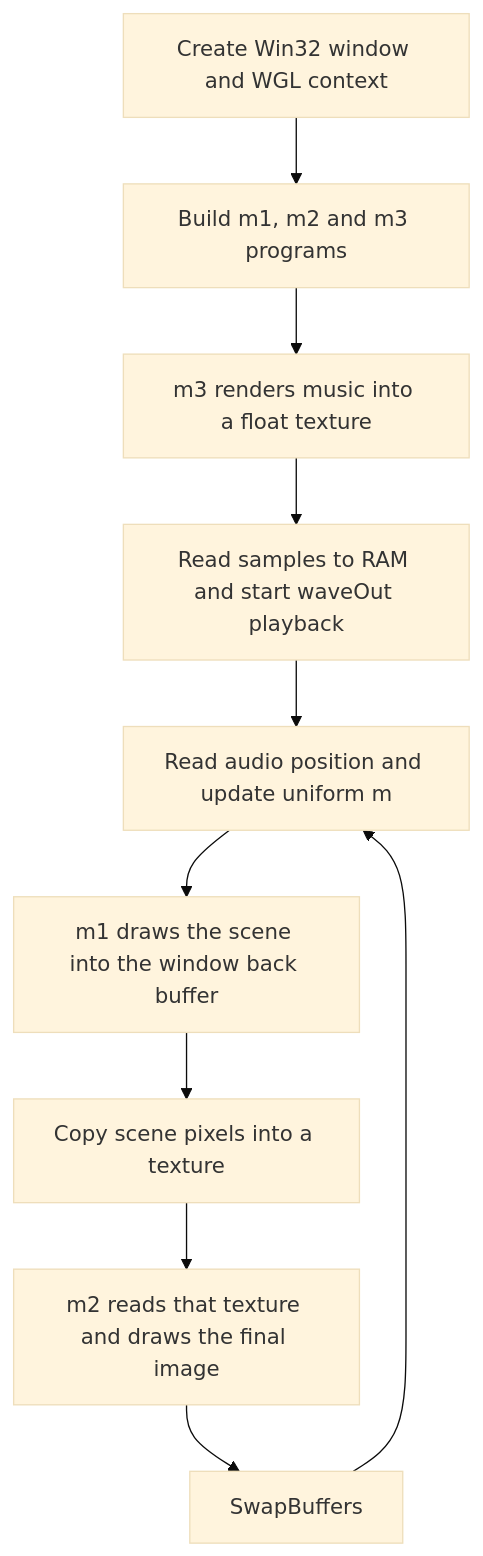
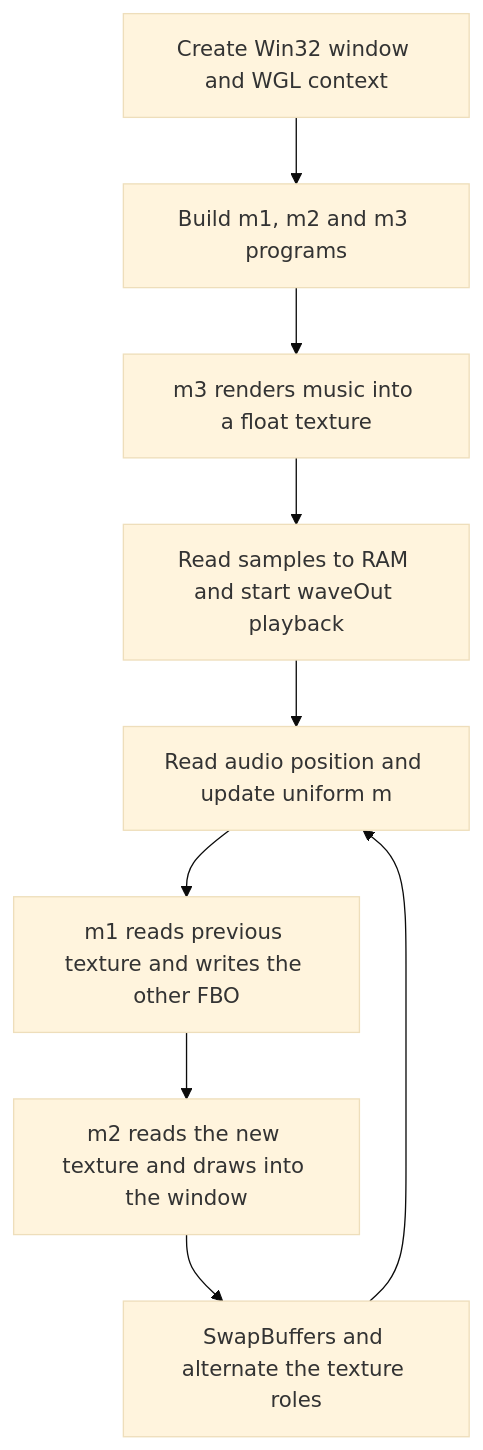
The diagram in documentation/opengl-assessment.md (astrofra/Lev4k), drawn with Mermaid (base theme) before and after one commit. The commit also changed other lines of this file and 18 other files, not shown here.

````diff
--- a/documentation/opengl-assessment.md
+++ b/documentation/opengl-assessment.md
@@ -19,12 +19,11 @@
 ```mermaid
 flowchart TD
     A[Create Win32 window and WGL context] --> B[Build m1, m2 and m3 programs]
     B --> C[m3 renders music into a float texture]
     C --> D[Read samples to RAM and start waveOut playback]
     D --> E[Read audio position and update uniform m]
-    E --> F[m1 draws the scene into the window back buffer]
-    F --> G[Copy scene pixels into a texture]
-    G --> H[m2 reads that texture and draws the final image]
-    H --> I[SwapBuffers]
+    E --> F[m1 reads previous texture and writes the other FBO]
+    F --> H[m2 reads the new texture and draws into the window]
+    H --> I[SwapBuffers and alternate the texture roles]
     I --> E
 ```
````
